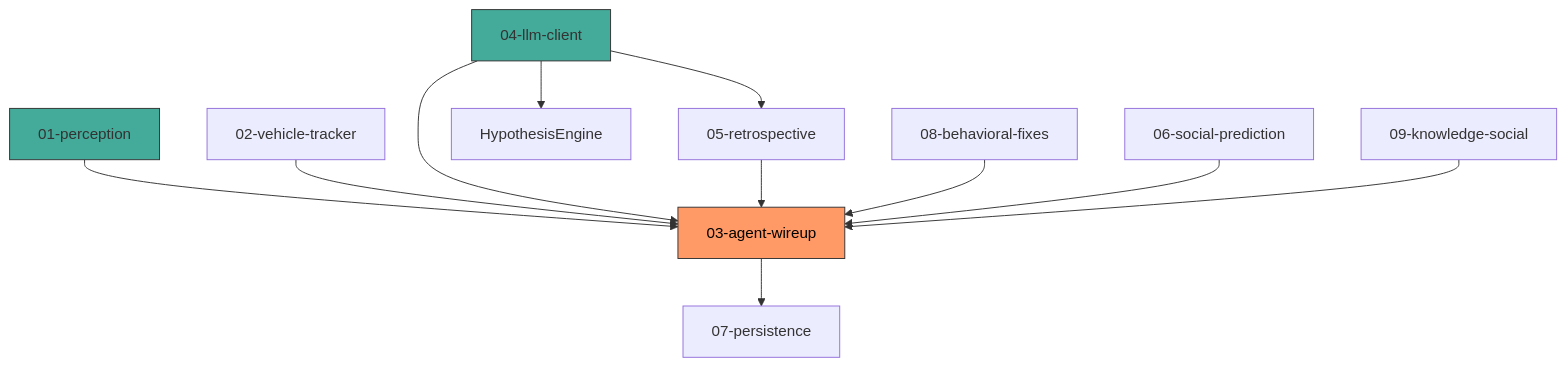
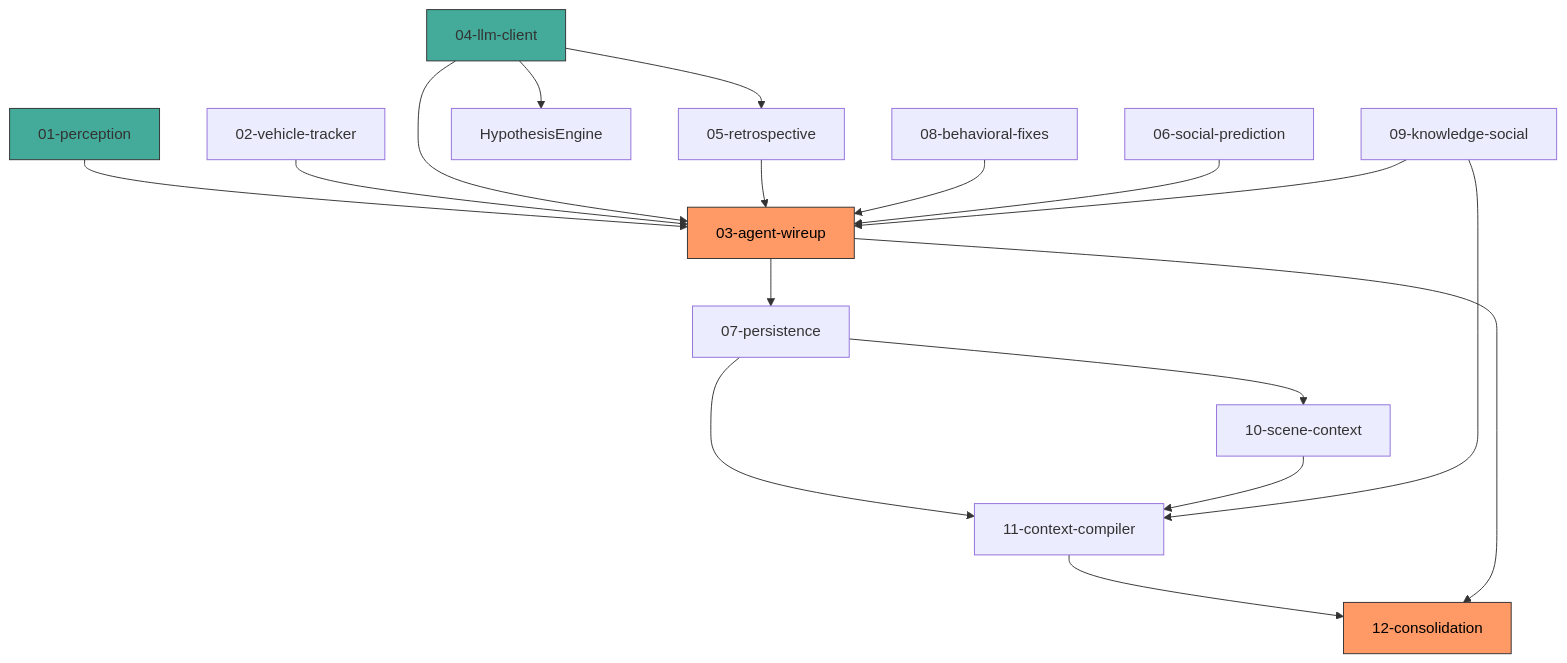
Before and after one commit to ZanettiLG/SecurityAgent: the diagram in handoff/index.md, drawn with Mermaid. The commit also changed other lines of this file and 39 other files, not shown here.

````diff
--- a/handoff/index.md
+++ b/handoff/index.md
@@ -40,17 +46,25 @@
 ```mermaid
 flowchart TD
     P[01-perception] --> AW[03-agent-wireup]
     VT[02-vehicle-tracker] --> AW
     LLM[04-llm-client] --> AW
     LLM --> RETRO[05-retrospective]
     LLM --> HYP[HypothesisEngine]
     RETRO --> AW
     AW --> PERS[07-persistence]
     BF[08-behavioral-fixes] --> AW
     SP[06-social-prediction] --> AW
     KG[09-knowledge-social] --> AW
 
+    PERS --> SC[10-scene-context]
+    PERS --> CC[11-context-compiler]
+    SC --> CC
+    KG --> CC
+    CC --> CL[12-consolidation]
+    AW --> CL
+
     style AW fill:#f96,stroke:#333,color:#000
     style P fill:#4a9,stroke:#333
     style LLM fill:#4a9,stroke:#333
+    style CL fill:#f96,stroke:#333,color:#000
 ```
````
